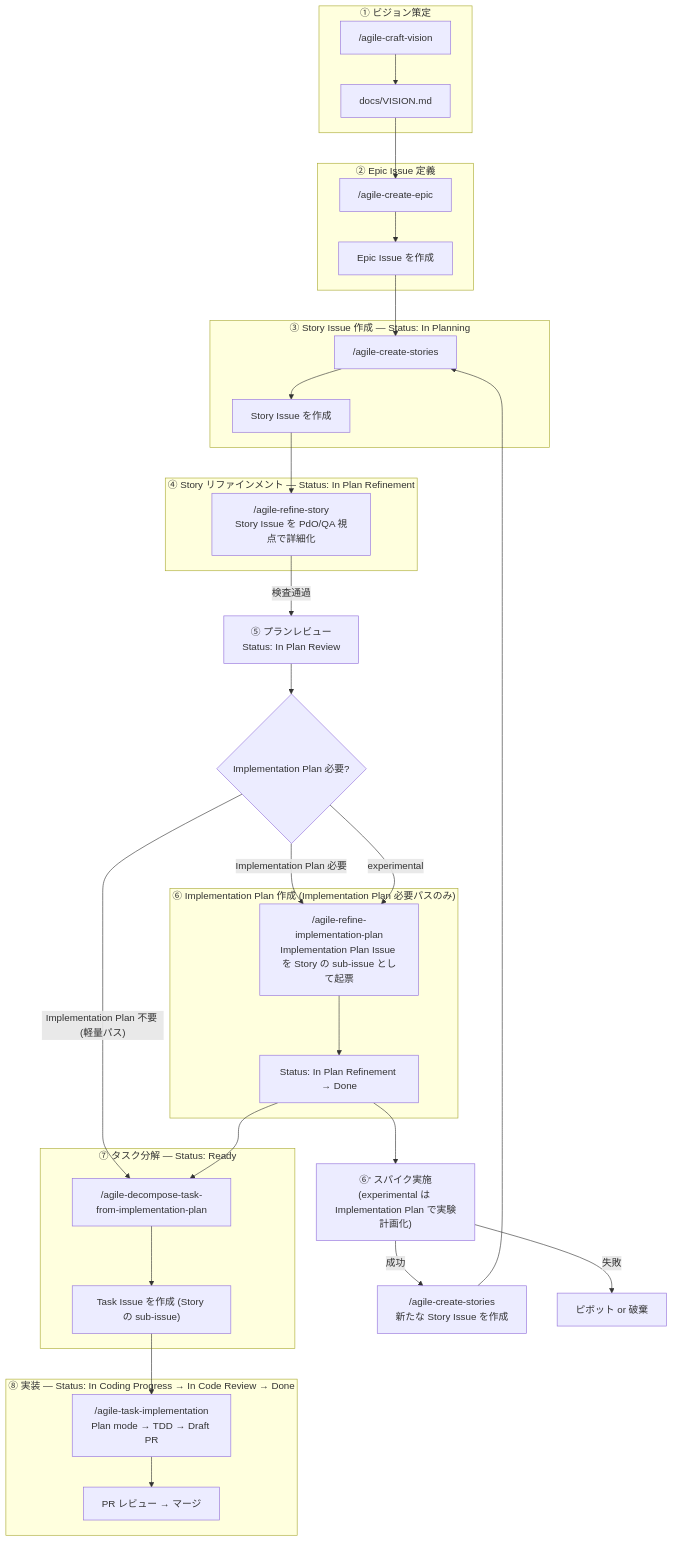
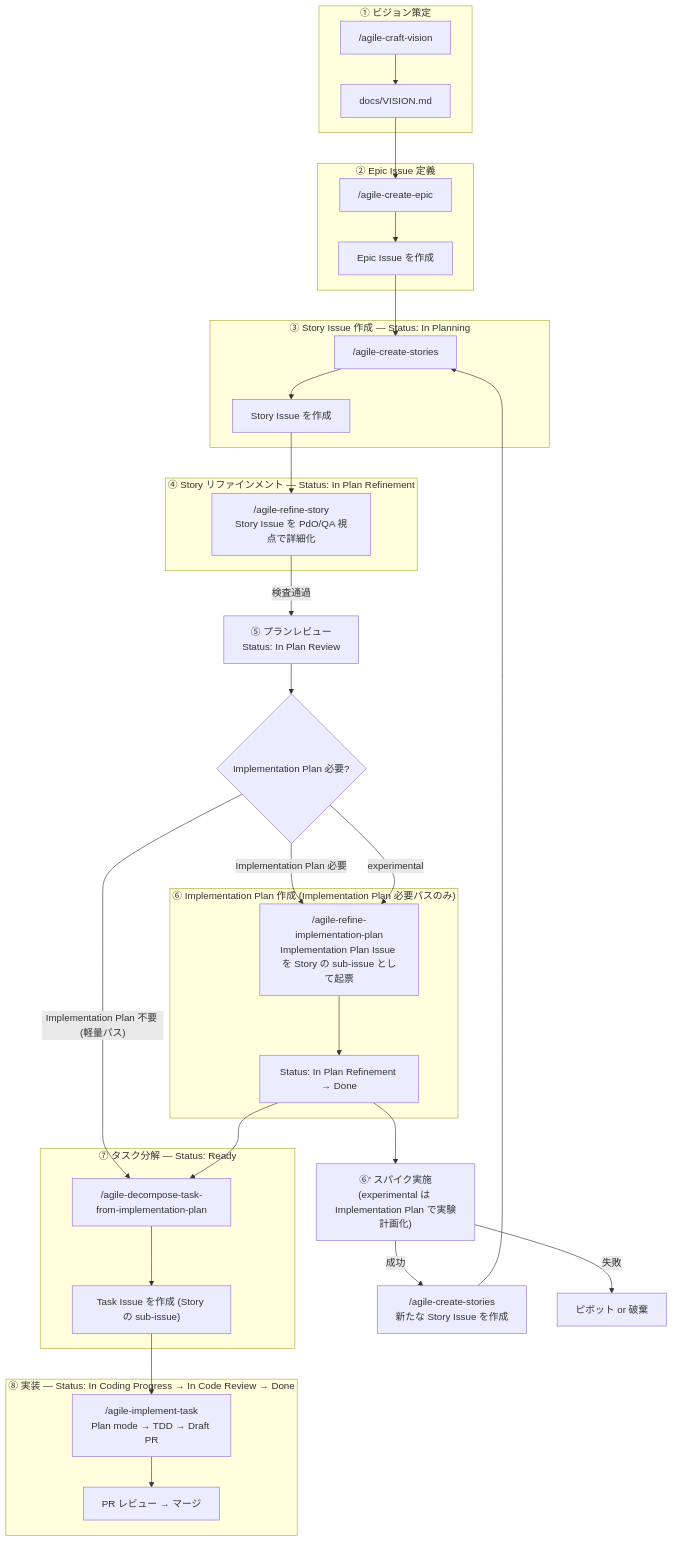
Before and after one commit to mrtry-lab/skills: the diagram in docs/agile-workflow/README.md, drawn with Mermaid. The commit also changed other lines of this file and 24 other files, not shown here.

````diff
--- a/docs/agile-workflow/README.md
+++ b/docs/agile-workflow/README.md
@@ -30,64 +30,64 @@
 ```mermaid
 flowchart TB
   subgraph vision["① ビジョン策定"]
     v1["/agile-craft-vision"]
     v2["docs/VISION.md"]
     v1 --> v2
   end
 
   subgraph epicdef["② Epic Issue 定義"]
     e1["/agile-create-epic"]
     e2["Epic Issue を作成"]
     e1 --> e2
   end
 
   subgraph planning["③ Story Issue 作成 — Status: In Planning"]
     b1["/agile-create-stories"]
     b2["Story Issue を作成"]
     b1 --> b2
   end
 
   subgraph refinement["④ Story リファインメント — Status: In Plan Refinement"]
     r1["/agile-refine-story\nStory Issue を PdO/QA 視点で詳細化"]
   end
 
   review["⑤ プランレビュー\nStatus: In Plan Review"]
 
   plan_decision{"Implementation Plan 必要?"}
 
   subgraph plan_phase["⑥ Implementation Plan 作成 (Implementation Plan 必要パスのみ)"]
     p1["/agile-refine-implementation-plan\nImplementation Plan Issue を Story の sub-issue として起票"]
     p2["Status: In Plan Refinement → Done"]
     p1 --> p2
   end
 
   subgraph taskphase["⑦ タスク分解 — Status: Ready"]
     t1["/agile-decompose-task-from-implementation-plan"]
     t2["Task Issue を作成 (Story の sub-issue)"]
     t1 --> t2
   end
 
   subgraph coding["⑧ 実装 — Status: In Coding Progress → In Code Review → Done"]
-    c1["/agile-task-implementation\nPlan mode → TDD → Draft PR"]
+    c1["/agile-implement-task\nPlan mode → TDD → Draft PR"]
     c2["PR レビュー → マージ"]
     c1 --> c2
   end
 
   spike["⑥' スパイク実施\n(experimental は Implementation Plan で実験計画化)"]
   newstory["/agile-create-stories\n新たな Story Issue を作成"]
   pivot["ピボット or 破棄"]
 
   v2 --> e1
   e2 --> b1
   b2 --> r1
   r1 -- "検査通過" --> review --> plan_decision
   plan_decision -- "Implementation Plan 必要" --> p1
   plan_decision -- "Implementation Plan 不要 (軽量パス)" --> t1
   p2 --> t1
   t2 --> c1
   plan_decision -- "experimental" --> p1
   p2 --> spike
   spike -- "成功" --> newstory
   spike -- "失敗" --> pivot
   newstory --> b1
 ```
````
